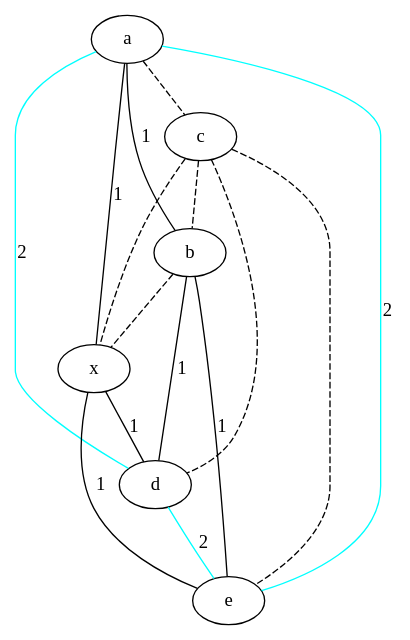
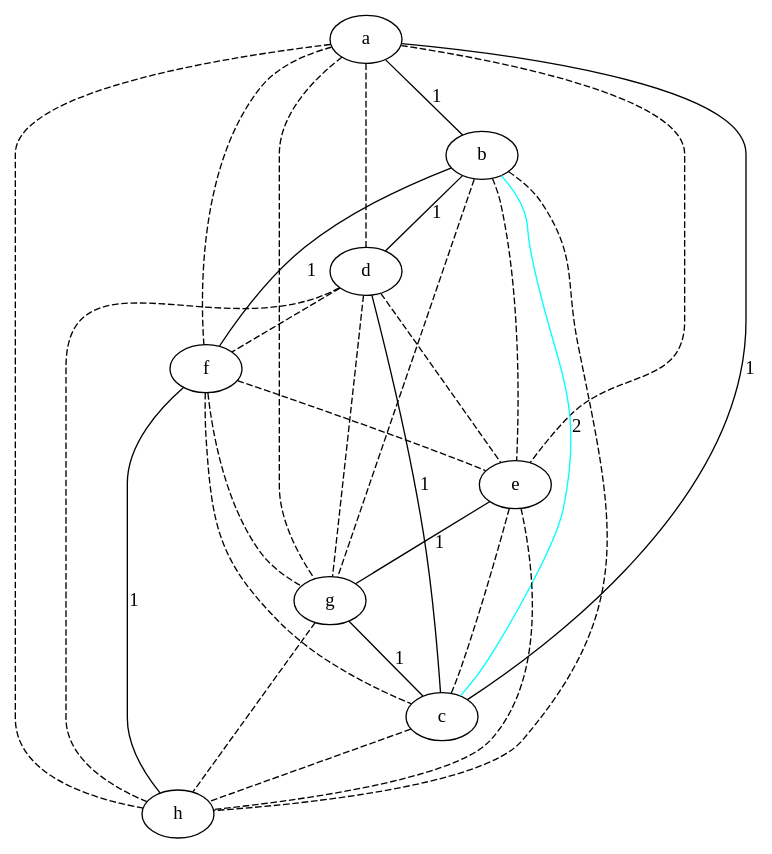
Before and after one commit to lrodrin/TFG: the diagram in src/final/linearGraph.dot, drawn with Graphviz. The commit also changed 7 other files, not shown here.

```diff
--- a/src/final/linearGraph.dot
+++ b/src/final/linearGraph.dot
@@ -1,23 +1,38 @@
 strict graph "" {
 a;
+b;
+d;
+f;
+e;
+g;
 c;
-b;
-x;
-d;
-e;
-a -- c  [color=black, style=dashed];
+h;
 a -- b  [color=black, label=1, style=solid];
-a -- x  [color=black, label=1, style=solid];
-a -- d  [color=cyan, label=2, style=solid];
-a -- e  [color=cyan, label=2, style=solid];
-c -- b  [color=black, style=dashed];
-c -- x  [color=black, style=dashed];
-c -- d  [color=black, style=dashed];
-c -- e  [color=black, style=dashed];
-b -- x  [color=black, style=dashed];
+a -- d  [color=black, style=dashed];
+a -- f  [color=black, style=dashed];
+a -- e  [color=black, style=dashed];
+a -- g  [color=black, style=dashed];
+a -- c  [color=black, label=1, style=solid];
+a -- h  [color=black, style=dashed];
 b -- d  [color=black, label=1, style=solid];
-b -- e  [color=black, label=1, style=solid];
-x -- d  [color=black, label=1, style=solid];
-x -- e  [color=black, label=1, style=solid];
-d -- e  [color=cyan, label=2, style=solid];
+b -- f  [color=black, label=1, style=solid];
+b -- e  [color=black, style=dashed];
+b -- g  [color=black, style=dashed];
+b -- c  [color=cyan, label=2, style=solid];
+b -- h  [color=black, style=dashed];
+d -- f  [color=black, style=dashed];
+d -- e  [color=black, style=dashed];
+d -- g  [color=black, style=dashed];
+d -- c  [color=black, label=1, style=solid];
+d -- h  [color=black, style=dashed];
+f -- e  [color=black, style=dashed];
+f -- g  [color=black, style=dashed];
+f -- c  [color=black, style=dashed];
+f -- h  [color=black, label=1, style=solid];
+e -- g  [color=black, label=1, style=solid];
+e -- c  [color=black, style=dashed];
+e -- h  [color=black, style=dashed];
+g -- c  [color=black, label=1, style=solid];
+g -- h  [color=black, style=dashed];
+c -- h  [color=black, style=dashed];
 }
```
